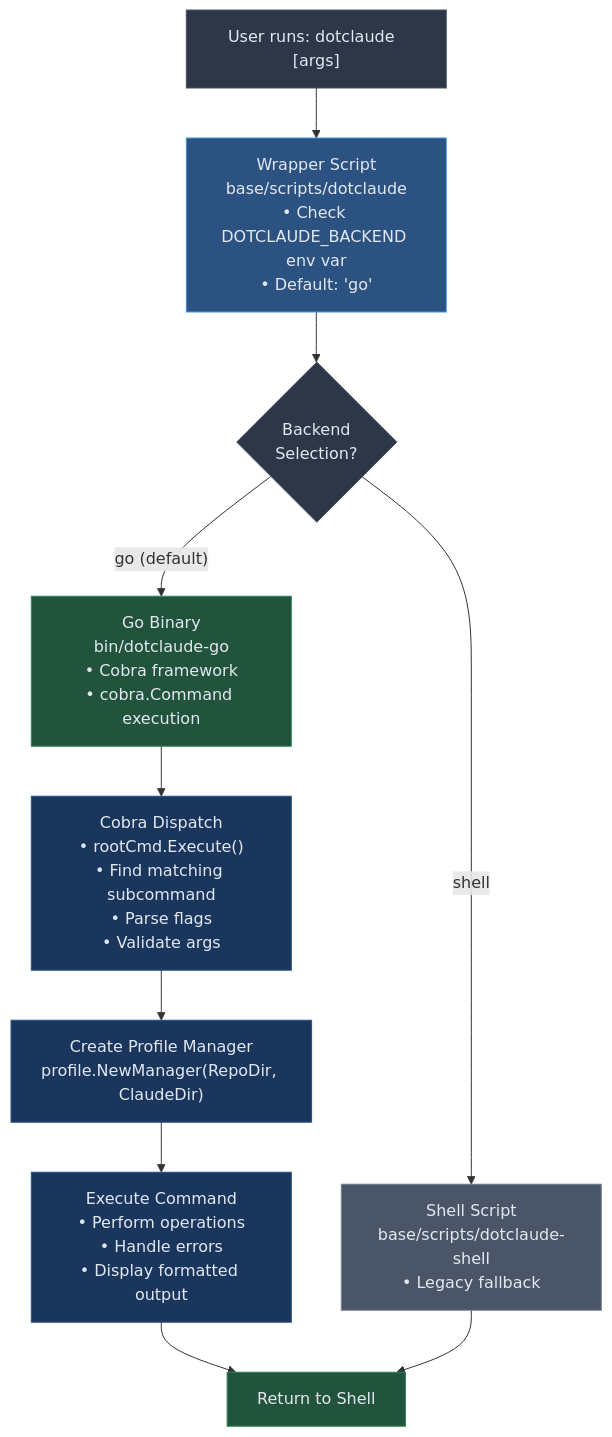
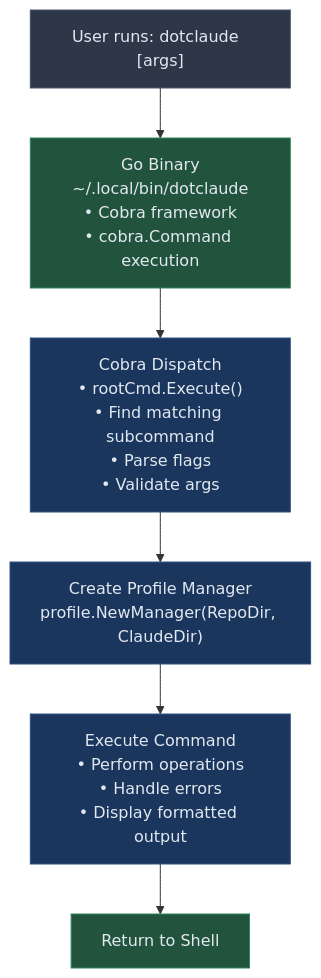
One commit to blackwell-systems/dotclaude changed the third of 5 diagrams in docs/ARCHITECTURE.md. Above: the diagram before and after it, drawn with Mermaid. The commit also changed other lines of this file and 7 other files, not shown here.

First line of the commit message:
docs: Update documentation for Go-only architecture

````diff
--- a/docs/ARCHITECTURE.md
+++ b/docs/ARCHITECTURE.md
@@ -146,35 +146,23 @@
 ```mermaid
 flowchart TD
     start["User runs: dotclaude <command> [args]"]
 
-    wrapper["Wrapper Script<br/>base/scripts/dotclaude<br/>• Check DOTCLAUDE_BACKEND env var<br/>• Default: 'go'"]
-
-    backend_check{"Backend<br/>Selection?"}
-
-    go_path["Go Binary<br/>bin/dotclaude-go<br/>• Cobra framework<br/>• cobra.Command execution"]
-    shell_path["Shell Script<br/>base/scripts/dotclaude-shell<br/>• Legacy fallback"]
+    binary["Go Binary<br/>~/.local/bin/dotclaude<br/>• Cobra framework<br/>• cobra.Command execution"]
 
     cobra["Cobra Dispatch<br/>• rootCmd.Execute()<br/>• Find matching subcommand<br/>• Parse flags<br/>• Validate args"]
 
     manager["Create Profile Manager<br/>profile.NewManager(RepoDir, ClaudeDir)"]
 
     execute["Execute Command<br/>• Perform operations<br/>• Handle errors<br/>• Display formatted output"]
 
     done["Return to Shell"]
 
-    start --> wrapper --> backend_check
-    backend_check -->|"go (default)"| go_path
-    backend_check -->|"shell"| shell_path
-    go_path --> cobra --> manager --> execute --> done
-    shell_path --> done
+    start --> binary --> cobra --> manager --> execute --> done
 
     style start fill:#2d3748,stroke:#4a5568,color:#e2e8f0
-    style wrapper fill:#2c5282,stroke:#4299e1,color:#e2e8f0
-    style backend_check fill:#2d3748,stroke:#4a5568,color:#e2e8f0
-    style go_path fill:#22543d,stroke:#2f855a,color:#e2e8f0
-    style shell_path fill:#4a5568,stroke:#718096,color:#e2e8f0
+    style binary fill:#22543d,stroke:#2f855a,color:#e2e8f0
     style cobra fill:#1a365d,stroke:#2c5282,color:#e2e8f0
     style manager fill:#1a365d,stroke:#2c5282,color:#e2e8f0
     style execute fill:#1a365d,stroke:#2c5282,color:#e2e8f0
     style done fill:#22543d,stroke:#2f855a,color:#e2e8f0
 ```
````
